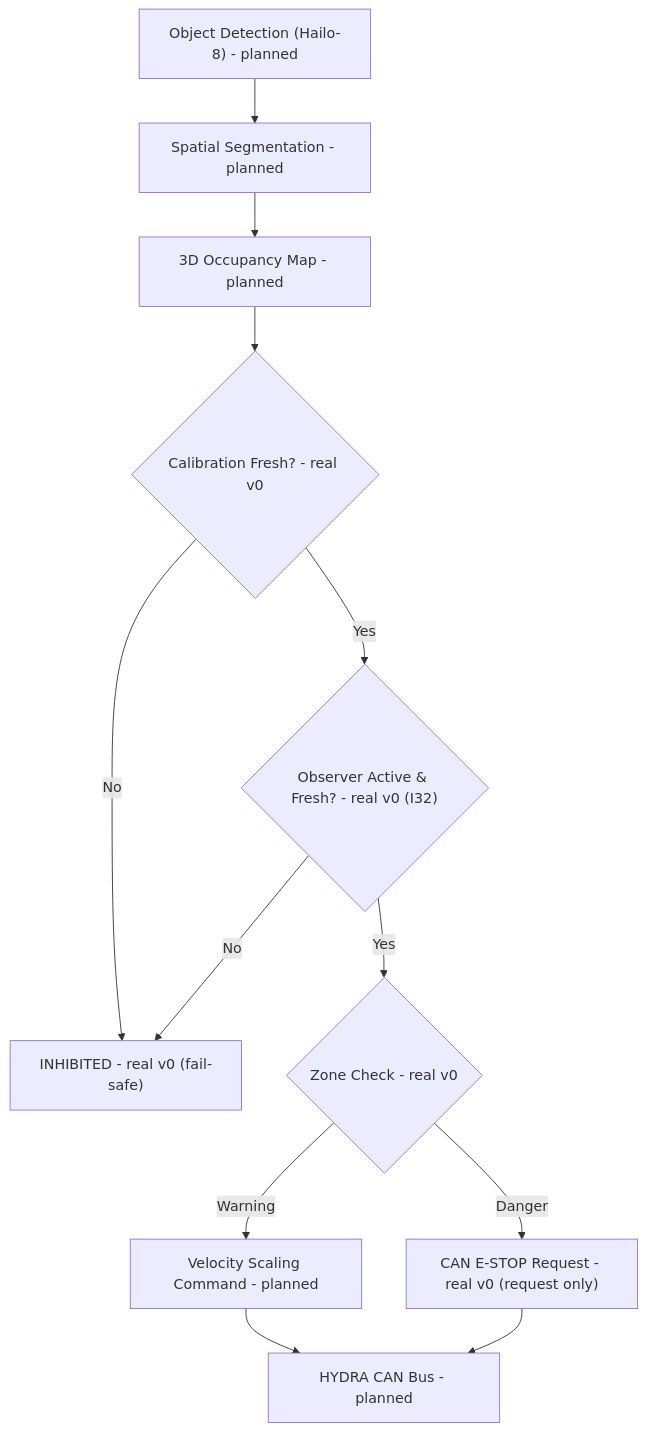
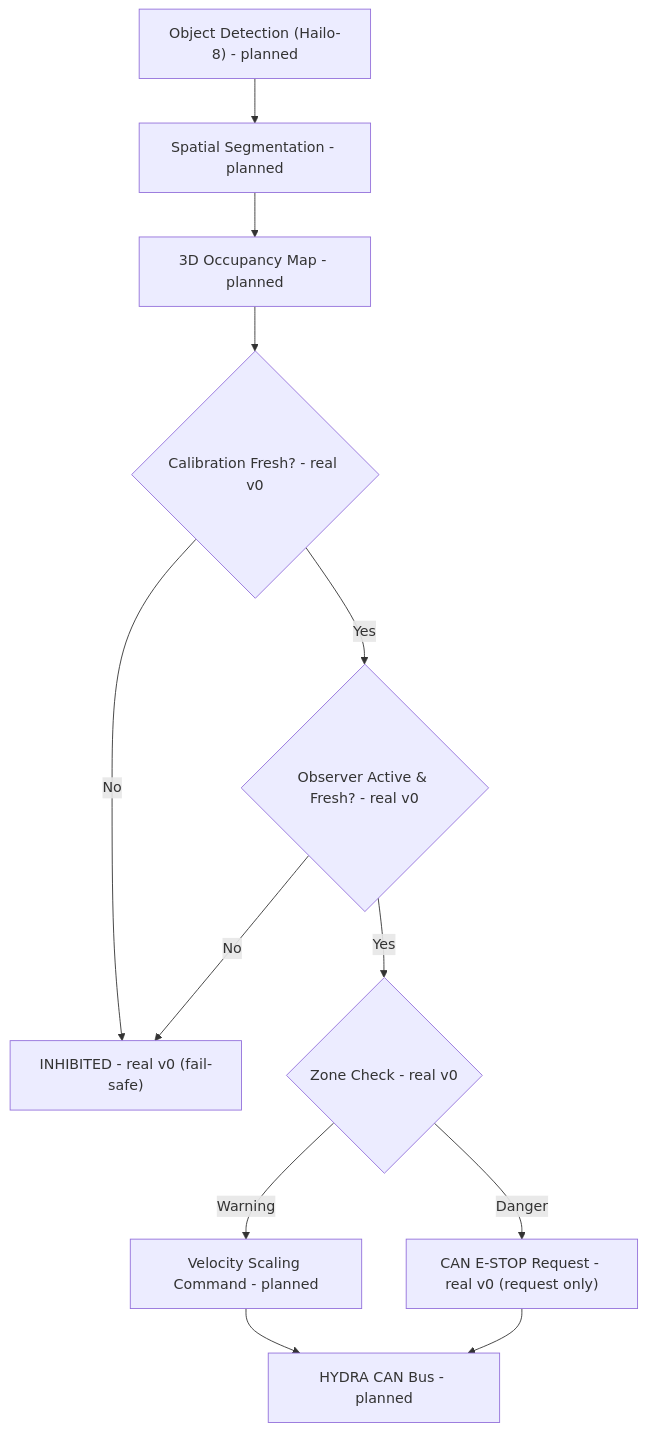
Before and after one commit to JuanenRac/HYDRA-UMC-SAFETY-ZONES: the diagram in README.md, drawn with Mermaid. The commit also changed other lines of this file and 8 other files, not shown here.

````diff
--- a/README.md
+++ b/README.md
@@ -50,14 +50,14 @@
 ```mermaid
 flowchart TB
     DET["Object Detection (Hailo-8) - planned"] --> SEG["Spatial Segmentation - planned"]
     SEG --> MAP["3D Occupancy Map - planned"]
     MAP --> CAL{"Calibration Fresh? - real v0"}
     CAL -- No --> INHIBIT["INHIBITED - real v0 (fail-safe)"]
-    CAL -- Yes --> OBS{"Observer Active & Fresh? - real v0 (I32)"}
+    CAL -- Yes --> OBS{"Observer Active & Fresh? - real v0"}
     OBS -- No --> INHIBIT
     OBS -- Yes --> ZONE{"Zone Check - real v0"}
     ZONE -- Warning --> SLOW["Velocity Scaling Command - planned"]
     ZONE -- Danger --> STOP["CAN E-STOP Request - real v0 (request only)"]
     SLOW --> CAN["HYDRA CAN Bus - planned"]
     STOP --> CAN
 ```
````
